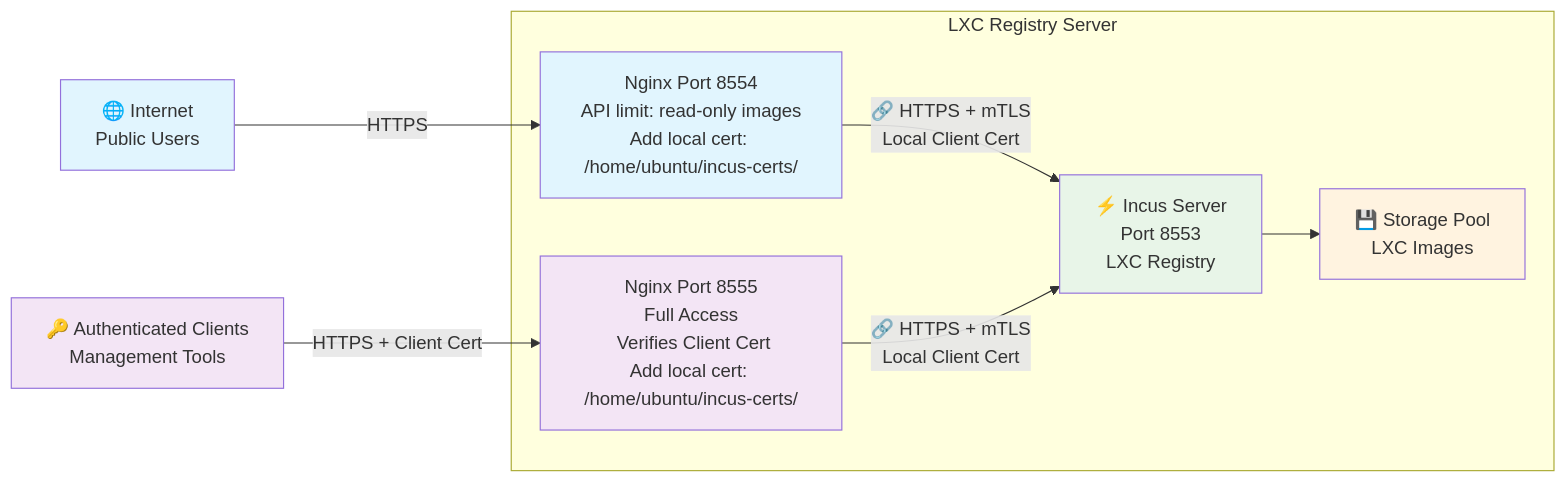
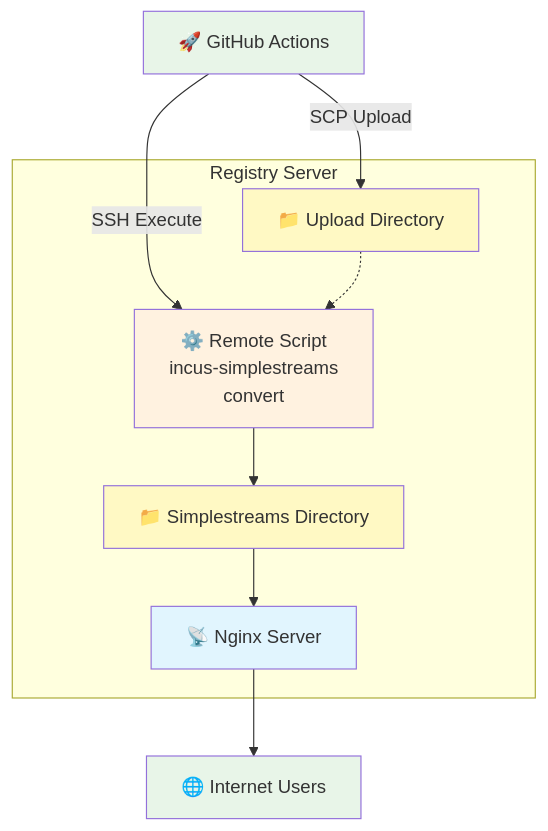
Before and after one commit to lukewwww/crynux-node: the diagram in build/lxc/registry.md, drawn with Mermaid. The commit also changed other lines of this file and 3 other files, not shown here.

Commit message:
[feature] update lxc registry arch

````diff
--- a/build/lxc/registry.md
+++ b/build/lxc/registry.md
@@ -13,27 +5,30 @@
 ```mermaid
-graph LR
-    Internet[🌐 Internet<br/>Public Users] -->|"HTTPS"| Nginx8554[Nginx Port 8554<br/>API limit: read-only images<br/>Add local cert: /home/ubuntu/incus-certs/]
-    AuthClients[🔑 Authenticated Clients<br/>Management Tools] -->|"HTTPS + Client Cert"| Nginx8555[Nginx Port 8555<br/>Full Access<br/> Verifies Client Cert<br/>Add local cert: /home/ubuntu/incus-certs/]
+graph TD
+    Actions["🚀 GitHub Actions"]
 
-    Nginx8554 -->|"🔗 HTTPS + mTLS<br/>Local Client Cert<br/>"| IncusServer[⚡ Incus Server<br/>Port 8553<br/>LXC Registry]
-    Nginx8555 -->|"🔗 HTTPS + mTLS<br/>Local Client Cert<br/>"| IncusServer
+    Actions -->|"SCP Upload"| RawFiles["📁 Upload Directory"]
+    Actions -->|"SSH Execute"| ServerScript["⚙️ Remote Script<br/>incus-simplestreams<br/>convert"]
 
-    IncusServer --> Storage[💾 Storage Pool<br/>LXC Images]
+    RawFiles -.-> ServerScript
+    ServerScript --> StaticFiles["📁 Simplestreams Directory"]
 
-    subgraph "LXC Registry Server"
-        Nginx8554
-        Nginx8555
-        IncusServer
-        Storage
+    StaticFiles --> Nginx["📡 Nginx Server"]
+    Nginx --> Internet["🌐 Internet Users"]
+
+    subgraph Server ["Registry Server"]
+        RawFiles
+        ServerScript
+        StaticFiles
+        Nginx
     end
 
-    classDef publicAccess fill:#e1f5fe
-    classDef authAccess fill:#f3e5f5
-    classDef server fill:#e8f5e8
-    classDef storage fill:#fff3e0
+    classDef external fill:#e8f5e8
+    classDef server fill:#e1f5fe
+    classDef storage fill:#fff9c4
+    classDef remote fill:#fff2e0
 
-    class Internet,Nginx8554 publicAccess
-    class AuthClients,Nginx8555 authAccess
-    class IncusServer server
-    class Storage storage
+    class Actions,Internet external
+    class Nginx server
+    class RawFiles,StaticFiles storage
+    class ServerScript remote
 ```
````
